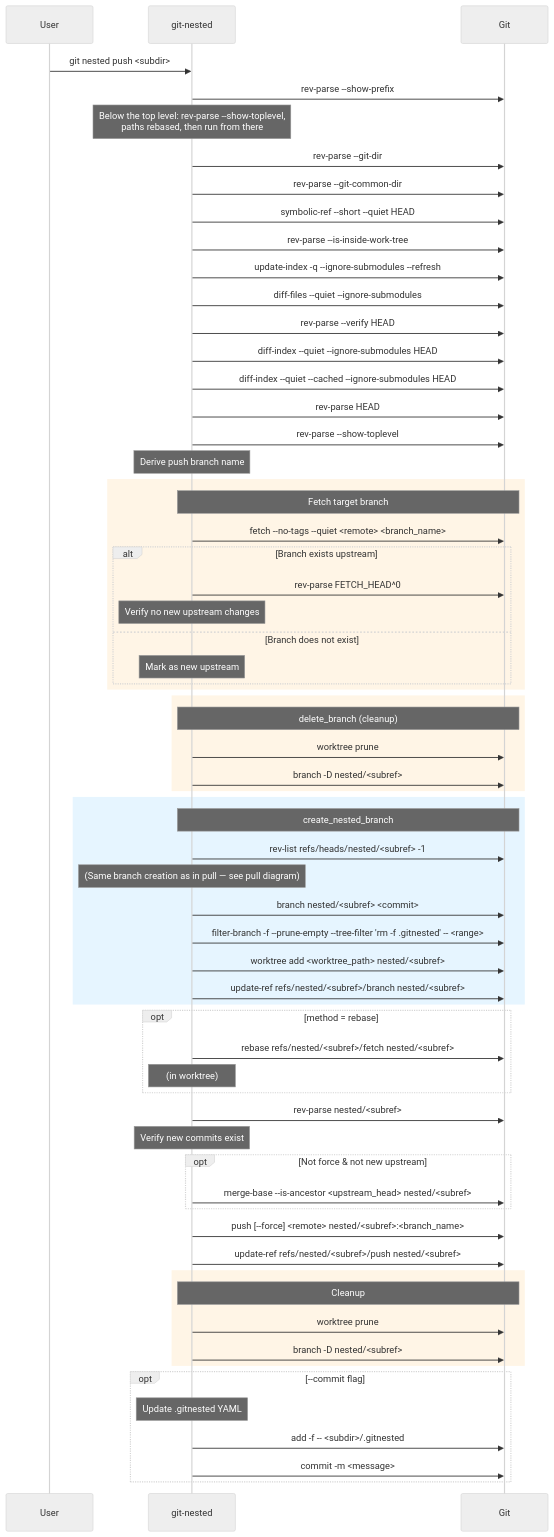
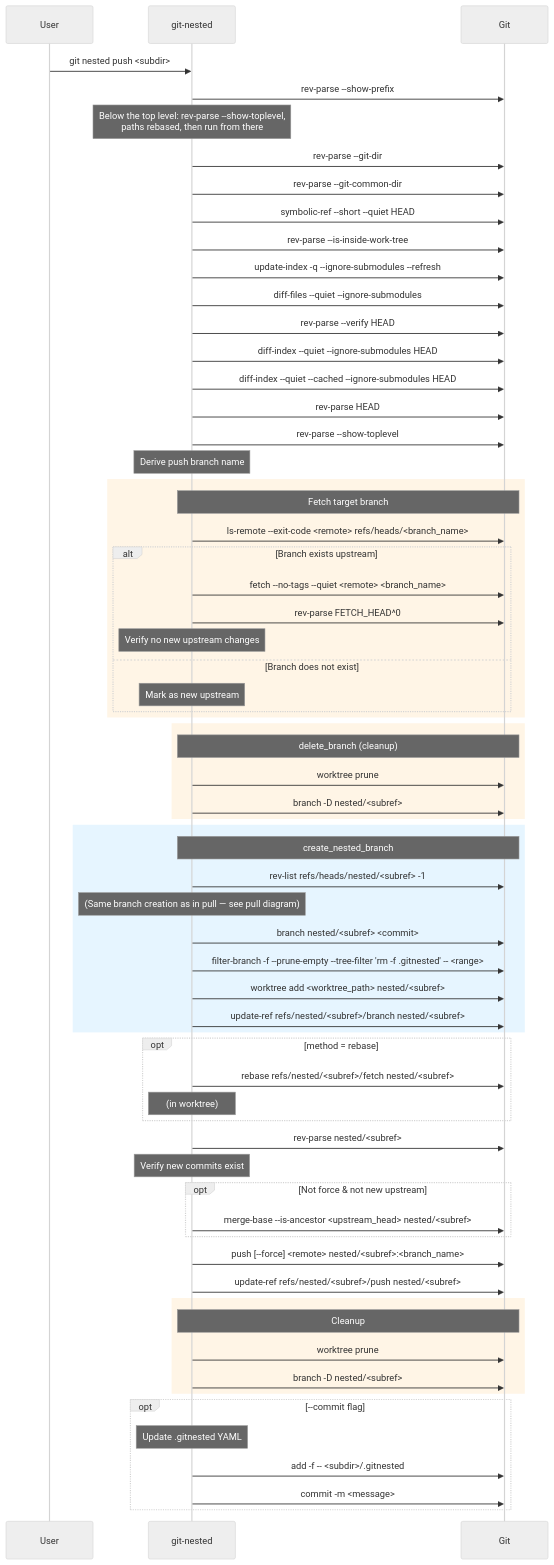
One commit to thorsten-klein/git-nested changed the fifth of 14 diagrams in docs/diagrams.md. Above: the diagram before and after it, drawn with Mermaid (neutral theme). The commit also changed 3 other files, not shown here.

First line of the commit message:
fix: `push` to a new branch when git speaks another language (#115)

````diff
--- a/docs/diagrams.md
+++ b/docs/diagrams.md
@@ -227,77 +227,78 @@
 ```mermaid
 sequenceDiagram
     participant User
     participant git-nested
     participant Git
 
     User->>git-nested: git nested push <subdir>
     git-nested->>Git: rev-parse --show-prefix
     Note over git-nested: Below the top level: rev-parse --show-toplevel,<br/>paths rebased, then run from there
     git-nested->>Git: rev-parse --git-dir
     git-nested->>Git: rev-parse --git-common-dir
     git-nested->>Git: symbolic-ref --short --quiet HEAD
     git-nested->>Git: rev-parse --is-inside-work-tree
     git-nested->>Git: update-index -q --ignore-submodules --refresh
     git-nested->>Git: diff-files --quiet --ignore-submodules
     git-nested->>Git: rev-parse --verify HEAD
     git-nested->>Git: diff-index --quiet --ignore-submodules HEAD
     git-nested->>Git: diff-index --quiet --cached --ignore-submodules HEAD
     git-nested->>Git: rev-parse HEAD
 
     git-nested->>Git: rev-parse --show-toplevel
     Note over git-nested: Derive push branch name
 
     rect rgb(255, 245, 230)
         Note over git-nested,Git: Fetch target branch
-        git-nested->>Git: fetch --no-tags --quiet <remote> <branch_name>
+        git-nested->>Git: ls-remote --exit-code <remote> refs/heads/<branch_name>
         alt Branch exists upstream
+            git-nested->>Git: fetch --no-tags --quiet <remote> <branch_name>
             git-nested->>Git: rev-parse FETCH_HEAD^0
             Note over git-nested: Verify no new upstream changes
         else Branch does not exist
             Note over git-nested: Mark as new upstream
         end
     end
 
     rect rgb(255, 245, 230)
         Note over git-nested,Git: delete_branch (cleanup)
         git-nested->>Git: worktree prune
         git-nested->>Git: branch -D nested/<subref>
     end
 
     rect rgb(230, 245, 255)
         Note over git-nested,Git: create_nested_branch
         git-nested->>Git: rev-list refs/heads/nested/<subref> -1
         Note over git-nested: (Same branch creation as in pull — see pull diagram)
         git-nested->>Git: branch nested/<subref> <commit>
         git-nested->>Git: filter-branch -f --prune-empty --tree-filter 'rm -f .gitnested' -- <range>
         git-nested->>Git: worktree add <worktree_path> nested/<subref>
         git-nested->>Git: update-ref refs/nested/<subref>/branch nested/<subref>
     end
 
     opt method = rebase
         git-nested->>Git: rebase refs/nested/<subref>/fetch nested/<subref>
         Note over git-nested: (in worktree)
     end
 
     git-nested->>Git: rev-parse nested/<subref>
     Note over git-nested: Verify new commits exist
 
     opt Not force & not new upstream
         git-nested->>Git: merge-base --is-ancestor <upstream_head> nested/<subref>
     end
 
     git-nested->>Git: push [--force] <remote> nested/<subref>:<branch_name>
     git-nested->>Git: update-ref refs/nested/<subref>/push nested/<subref>
 
     rect rgb(255, 245, 230)
         Note over git-nested,Git: Cleanup
         git-nested->>Git: worktree prune
         git-nested->>Git: branch -D nested/<subref>
     end
 
     opt --commit flag
         Note over git-nested: Update .gitnested YAML
         git-nested->>Git: add -f -- <subdir>/.gitnested
         git-nested->>Git: commit -m <message>
     end
 ```
````
